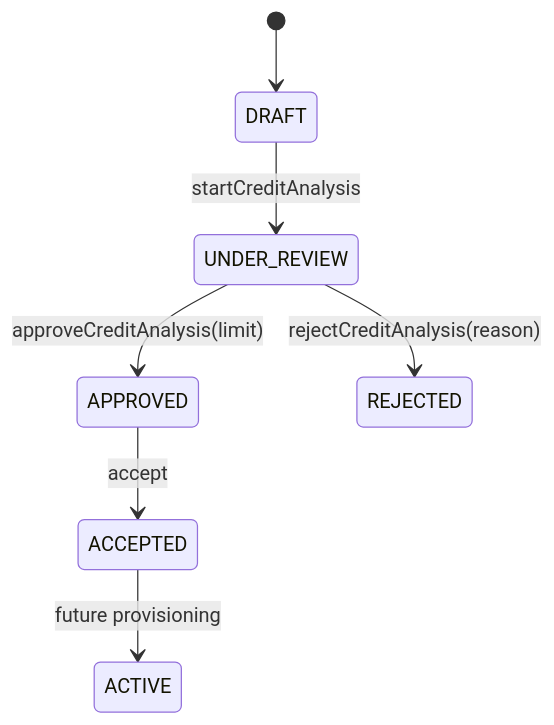
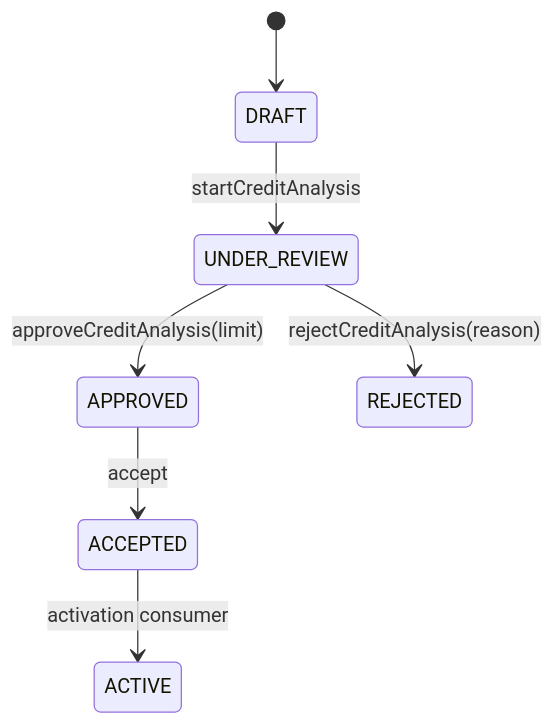
One commit to tmcly/credit-contract-manager changed the second of 8 diagrams in docs/architecture/overview.md. Above: the diagram before and after it, drawn with Mermaid. The commit also changed other lines of this file and 18 other files, not shown here.

````diff
--- a/docs/architecture/overview.md
+++ b/docs/architecture/overview.md
@@ -85,9 +86,9 @@
 ```mermaid
 stateDiagram-v2
     [*] --> DRAFT
     DRAFT --> UNDER_REVIEW: startCreditAnalysis
     UNDER_REVIEW --> APPROVED: approveCreditAnalysis(limit)
     UNDER_REVIEW --> REJECTED: rejectCreditAnalysis(reason)
     APPROVED --> ACCEPTED: accept
-    ACCEPTED --> ACTIVE: future provisioning
+    ACCEPTED --> ACTIVE: activation consumer
 ```
````
